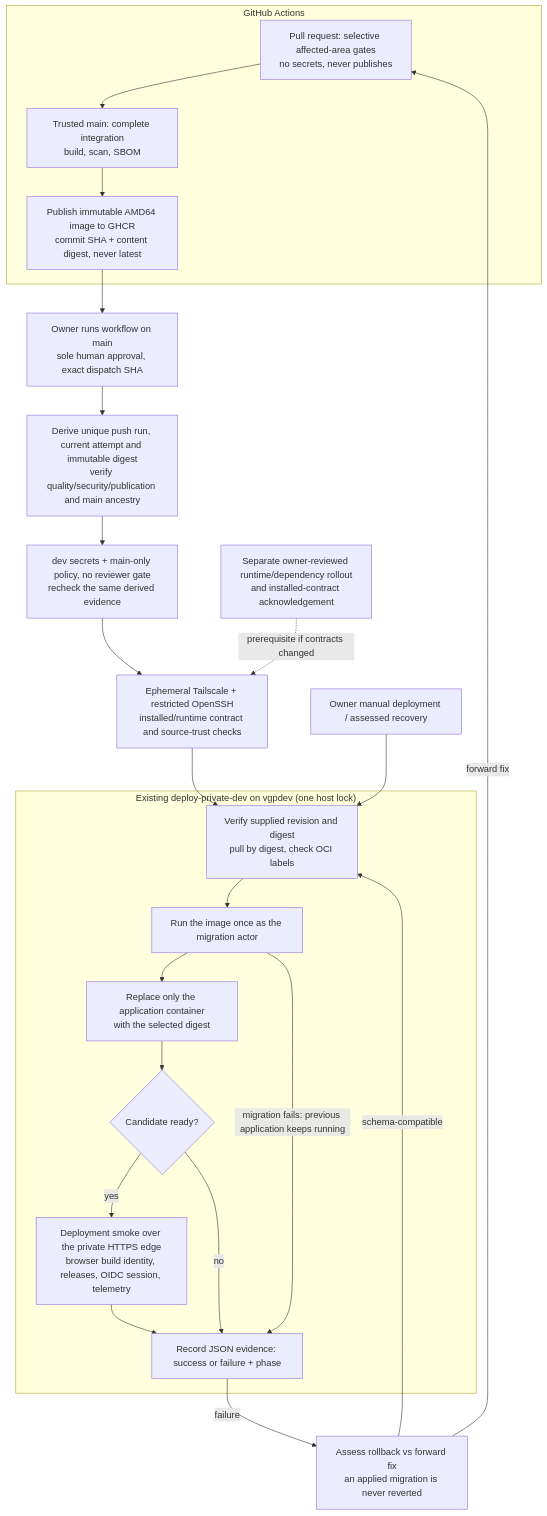
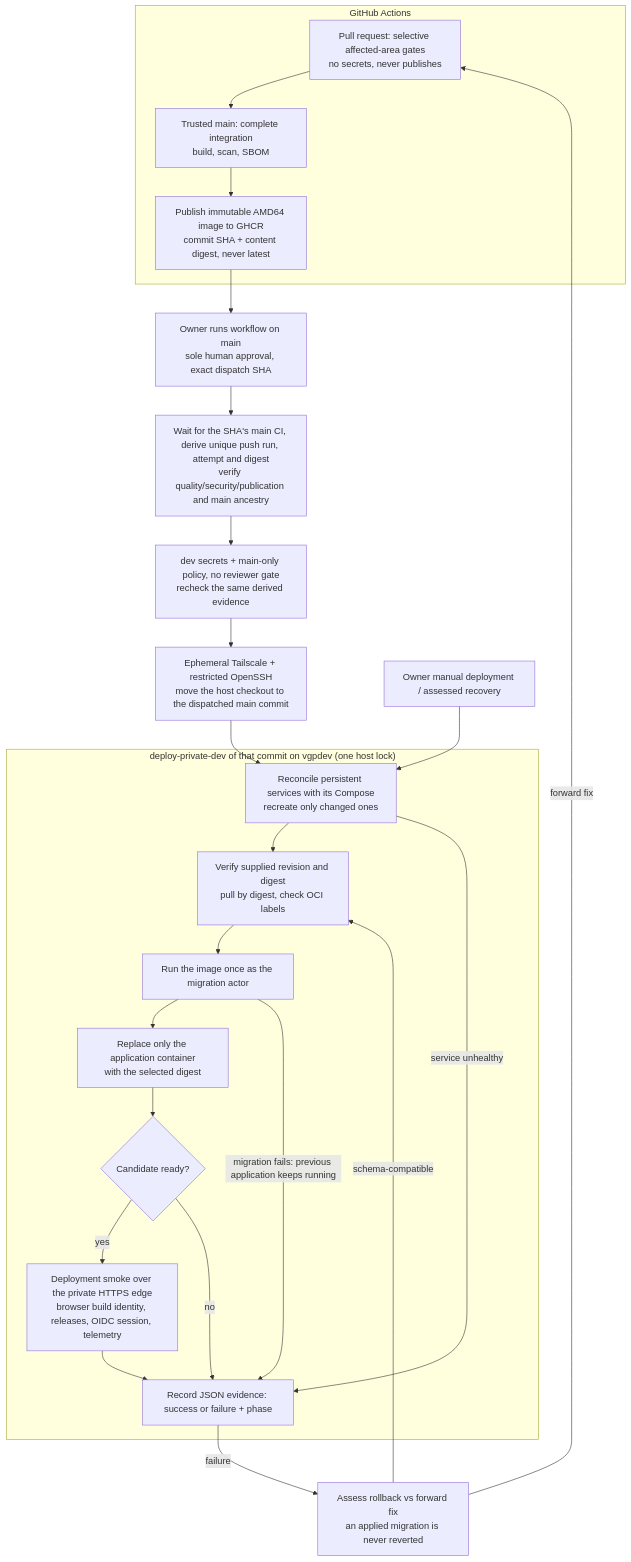
Before and after one commit to rubhern/videogame-platform: the diagram in docs/architecture/diagrams/mermaid/delivery-pipeline.mmd, drawn with Mermaid. The commit also changed 19 other files, not shown here.

First line of the commit message:
fix: let private-dev promotion install its own revision (#512)

```diff
--- a/docs/architecture/diagrams/mermaid/delivery-pipeline.mmd
+++ b/docs/architecture/diagrams/mermaid/delivery-pipeline.mmd
@@ -1,32 +1,33 @@
 flowchart TD
     subgraph CI["GitHub Actions"]
         PR["Pull request: selective affected-area gates<br/>no secrets, never publishes"]
         Main["Trusted main: complete integration<br/>build, scan, SBOM"]
         GHCR["Publish immutable AMD64 image to GHCR<br/>commit SHA + content digest, never latest"]
         PR --> Main --> GHCR
     end
 
     Dispatch["Owner runs workflow on main<br/>sole human approval, exact dispatch SHA"]
-    Evidence["Derive unique push run, current attempt and immutable digest<br/>verify quality/security/publication and main ancestry"]
+    Evidence["Wait for the SHA's main CI, derive unique push run, attempt and digest<br/>verify quality/security/publication and main ancestry"]
     Environment["dev secrets + main-only policy, no reviewer gate<br/>recheck the same derived evidence"]
-    Connect["Ephemeral Tailscale + restricted OpenSSH<br/>installed/runtime contract and source-trust checks"]
+    Connect["Ephemeral Tailscale + restricted OpenSSH<br/>move the host checkout to the dispatched main commit"]
 
-    subgraph Deploy["Existing deploy-private-dev on vgpdev (one host lock)"]
+    subgraph Deploy["deploy-private-dev of that commit on vgpdev (one host lock)"]
+        Reconcile["Reconcile persistent services with its Compose<br/>recreate only changed ones"]
         Verify["Verify supplied revision and digest<br/>pull by digest, check OCI labels"]
         Migrate["Run the image once as the migration actor"]
         Replace["Replace only the application container<br/>with the selected digest"]
         Ready{"Candidate ready?"}
         Smoke["Deployment smoke over the private HTTPS edge<br/>browser build identity, releases, OIDC session, telemetry"]
         Record["Record JSON evidence: success or failure + phase"]
-        Verify --> Migrate --> Replace --> Ready
+        Reconcile --> Verify --> Migrate --> Replace --> Ready
         Ready -->|yes| Smoke --> Record
         Ready -->|no| Record
     end
 
-    GHCR --> Dispatch --> Evidence --> Environment --> Connect --> Verify
-    Manual["Owner manual deployment / assessed recovery"] --> Verify
-    Runtime["Separate owner-reviewed runtime/dependency rollout<br/>and installed-contract acknowledgement"] -. prerequisite if contracts changed .-> Connect
+    GHCR --> Dispatch --> Evidence --> Environment --> Connect --> Reconcile
+    Manual["Owner manual deployment / assessed recovery"] --> Reconcile
+    Reconcile -->|service unhealthy| Record
     Migrate -->|migration fails: previous application keeps running| Record
     Record -->|failure| Assess["Assess rollback vs forward fix<br/>an applied migration is never reverted"]
     Assess -->|schema-compatible| Verify
     Assess -->|forward fix| PR
```
